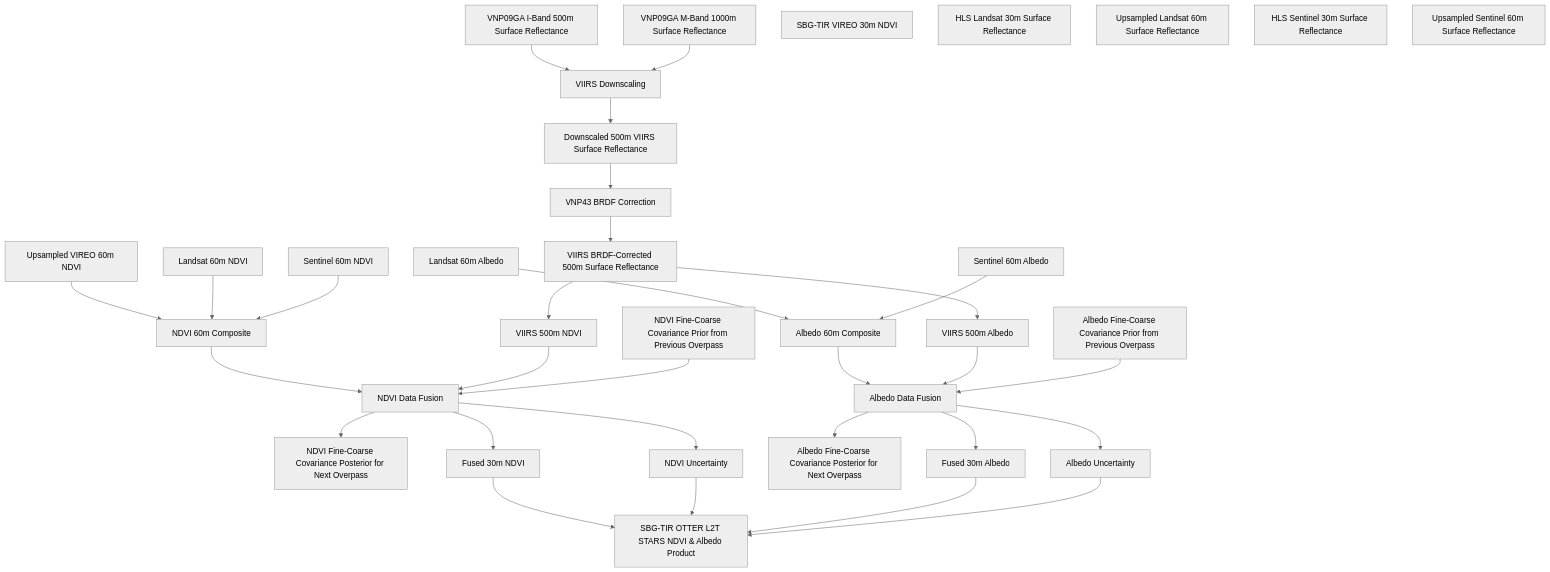
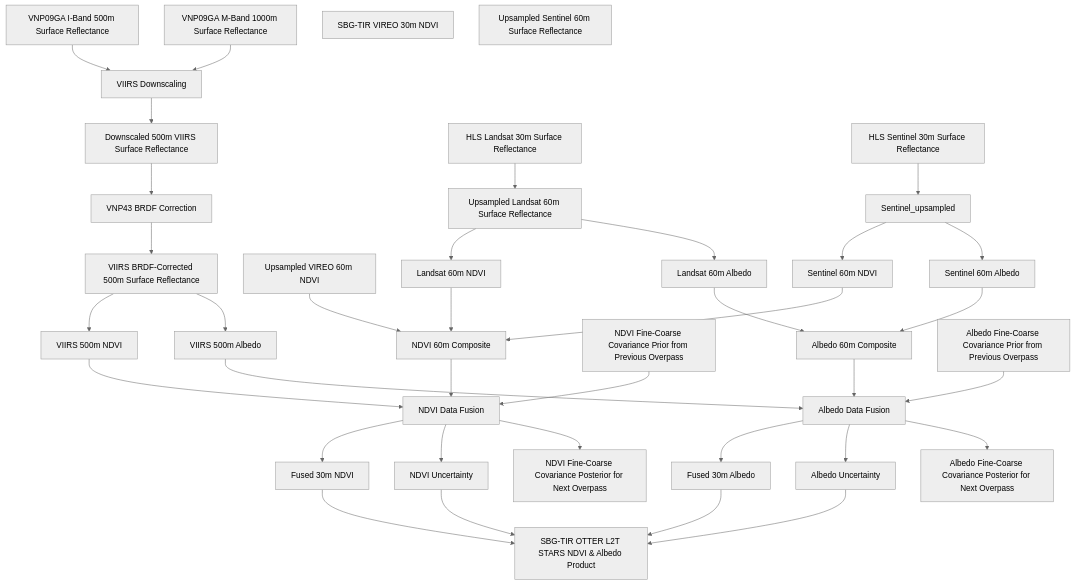
Before and after one commit to sbg-tir/SBG-TIR-L2-STARS: the diagram in README.md, drawn with Mermaid (neutral theme).

````diff
--- a/README.md
+++ b/README.md
@@ -61,69 +61,78 @@
 ```mermaid
 flowchart TB
     VNP09GA_I[VNP09GA I-Band 500m Surface Reflectance]
     VNP09GA_M[VNP09GA M-Band 1000m Surface Reflectance]
     VIIRS_downscaling[VIIRS Downscaling]
     VNP09GA_downscaled[Downscaled 500m VIIRS Surface Reflectance]
     VNP43_BRDF[VNP43 BRDF Correction]
     VIIRS_corrected[VIIRS BRDF-Corrected 500m Surface Reflectance]
     VIIRS_NDVI[VIIRS 500m NDVI]
     VIIRS_albedo[VIIRS 500m Albedo]
     VIREO_NDVI[SBG-TIR VIREO 30m NDVI]
     VIREO_upsampled[Upsampled VIREO 60m NDVI]
 
     Landsat_reflectance[HLS Landsat 30m Surface Reflectance]
     Landsat_upsampled[Upsampled Landsat 60m Surface Reflectance]
     Landsat_NDVI[Landsat 60m NDVI]
     Sentinel_reflectance[HLS Sentinel 30m Surface Reflectance]
     Sentenel_upsampled[Upsampled Sentinel 60m Surface Reflectance]
     Sentinel_NDVI[Sentinel 60m NDVI]
     fine_NDVI_input[NDVI 60m Composite]
     NDVI_covariance_prior[NDVI Fine-Coarse Covariance Prior from Previous Overpass]
     NDVI_covariance_posterior[NDVI Fine-Coarse Covariance Posterior for Next Overpass]
     NDVI_data_fusion[NDVI Data Fusion]
     fine_NDVI_output[Fused 30m NDVI]
     fine_NDVI_uncertainty[NDVI Uncertainty]
 
     Landsat_albedo[Landsat 60m Albedo]
     Sentinel_albedo[Sentinel 60m Albedo]
     fine_albedo_input[Albedo 60m Composite]
     albedo_covariance_prior[Albedo Fine-Coarse Covariance Prior from Previous Overpass]
     albedo_covariance_posterior[Albedo Fine-Coarse Covariance Posterior for Next Overpass]
     albedo_data_fusion[Albedo Data Fusion]
     fine_albedo_output[Fused 30m Albedo]
     fine_albedo_uncertainty[Albedo Uncertainty]
 
     SBG_L2T_STARS[SBG-TIR OTTER L2T STARS NDVI & Albedo Product]
     
     VNP09GA_I --> VIIRS_downscaling
     VNP09GA_M --> VIIRS_downscaling
     VIIRS_downscaling --> VNP09GA_downscaled
     VNP09GA_downscaled --> VNP43_BRDF
     VNP43_BRDF --> VIIRS_corrected
     VIIRS_corrected --> VIIRS_NDVI
     VIIRS_corrected --> VIIRS_albedo
-    
+
+    Landsat_reflectance --> Landsat_upsampled
+    Sentinel_reflectance --> Sentinel_upsampled
+
+    Landsat_upsampled --> Landsat_NDVI
+    Sentinel_upsampled --> Sentinel_NDVI
+
+    Landsat_upsampled --> Landsat_albedo
+    Sentinel_upsampled --> Sentinel_albedo
+
     VIREO_upsampled --> fine_NDVI_input
     Landsat_NDVI --> fine_NDVI_input
     Sentinel_NDVI --> fine_NDVI_input
     fine_NDVI_input --> NDVI_data_fusion
     VIIRS_NDVI --> NDVI_data_fusion
     NDVI_covariance_prior --> NDVI_data_fusion
     NDVI_data_fusion --> fine_NDVI_output
     NDVI_data_fusion --> fine_NDVI_uncertainty
     NDVI_data_fusion --> NDVI_covariance_posterior
 
     Landsat_albedo --> fine_albedo_input
     Sentinel_albedo --> fine_albedo_input
     fine_albedo_input --> albedo_data_fusion
     VIIRS_albedo --> albedo_data_fusion
     albedo_covariance_prior --> albedo_data_fusion
     albedo_data_fusion --> fine_albedo_output
     albedo_data_fusion --> fine_albedo_uncertainty
     albedo_data_fusion --> albedo_covariance_posterior
 
     fine_NDVI_output --> SBG_L2T_STARS
     fine_NDVI_uncertainty --> SBG_L2T_STARS
     fine_albedo_output --> SBG_L2T_STARS
     fine_albedo_uncertainty --> SBG_L2T_STARS
 ```
````
